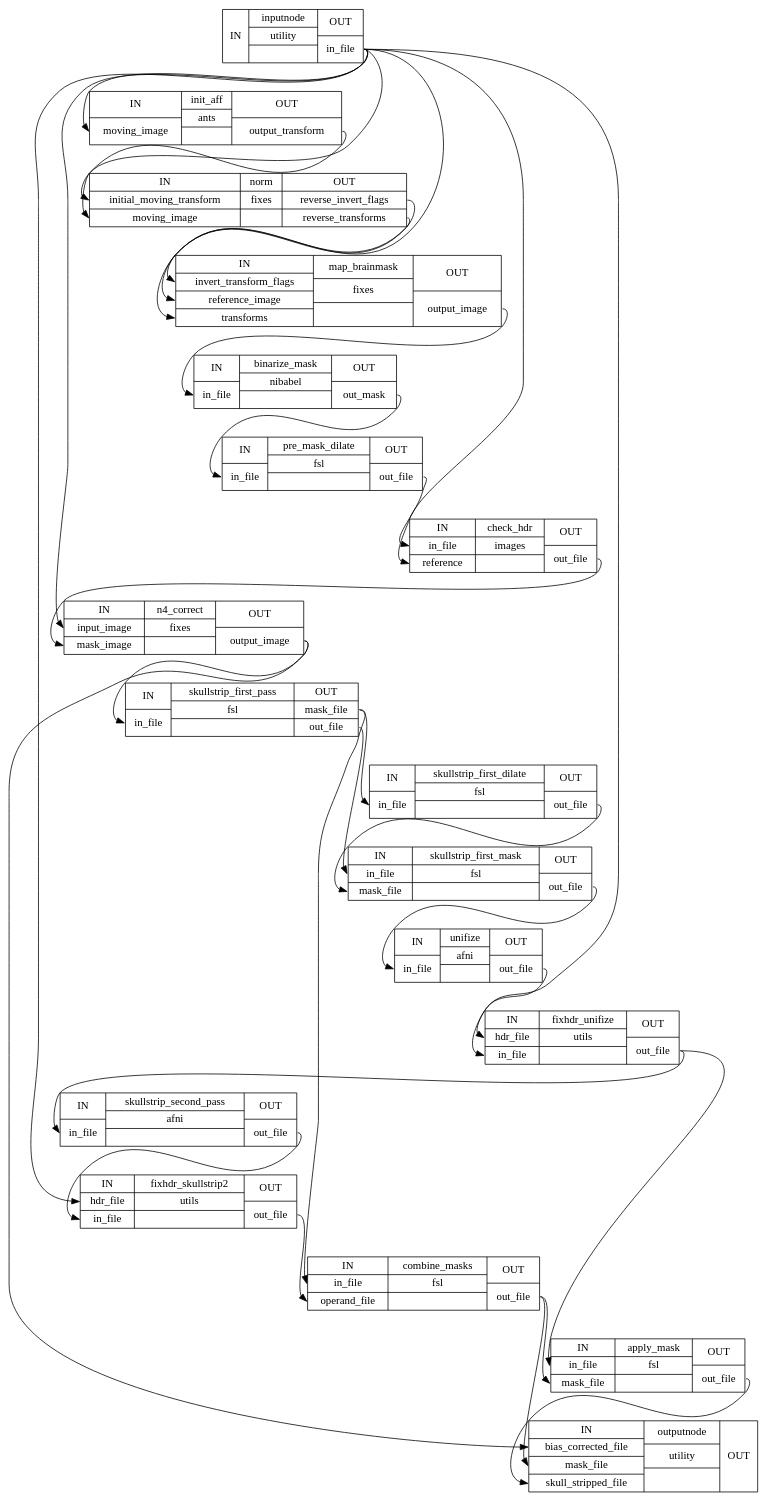
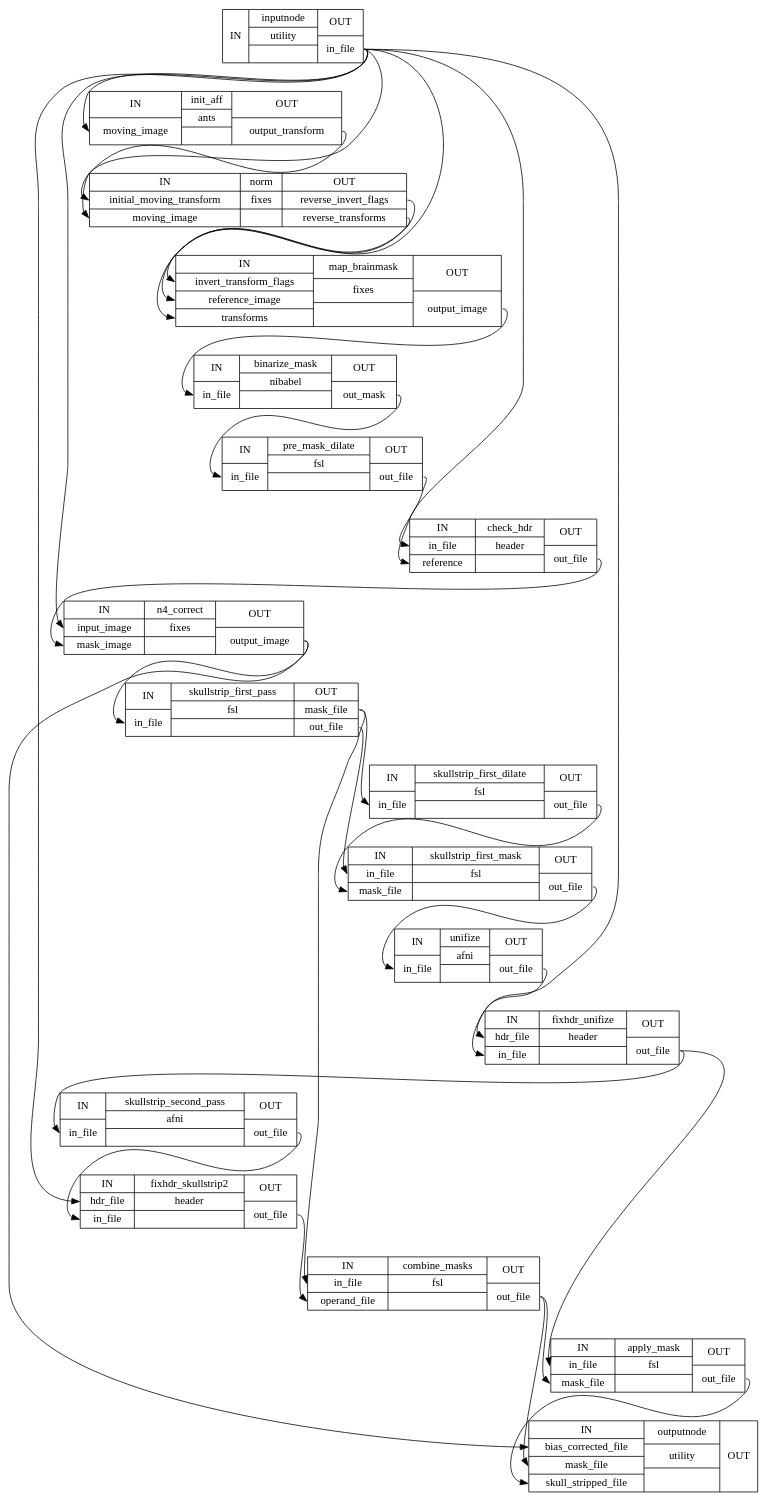
Before and after one commit to notZaki/niworkflows: the diagram in 1.0.2/wf_directive/api/enhance_and_skullstrip_bold_wf/niworkflows-func-util-2_detailed.dot, drawn with Graphviz. The commit also changed 12515 other files, not shown here.

```diff
--- a/1.0.2/wf_directive/api/enhance_and_skullstrip_bold_wf/niworkflows-func-util-2_detailed.dot
+++ b/1.0.2/wf_directive/api/enhance_and_skullstrip_bold_wf/niworkflows-func-util-2_detailed.dot
@@ -1,50 +1,50 @@
 digraph structs {
 node [shape=record];
 enhance_and_skullstrip_bold_wfinputnode [label="{IN}|{ inputnode | utility |  }|{OUT|<outinfile> in_file}"];
 enhance_and_skullstrip_bold_wfinit_aff [label="{IN|<inmovingimage> moving_image}|{ init_aff | ants |  }|{OUT|<outoutputtransform> output_transform}"];
 enhance_and_skullstrip_bold_wfnorm [label="{IN|<ininitialmovingtransform> initial_moving_transform|<inmovingimage> moving_image}|{ norm | fixes |  }|{OUT|<outreverseinvertflags> reverse_invert_flags|<outreversetransforms> reverse_transforms}"];
 enhance_and_skullstrip_bold_wfmap_brainmask [label="{IN|<ininverttransformflags> invert_transform_flags|<inreferenceimage> reference_image|<intransforms> transforms}|{ map_brainmask | fixes |  }|{OUT|<outoutputimage> output_image}"];
 enhance_and_skullstrip_bold_wfbinarize_mask [label="{IN|<ininfile> in_file}|{ binarize_mask | nibabel |  }|{OUT|<outoutmask> out_mask}"];
 enhance_and_skullstrip_bold_wfpre_mask_dilate [label="{IN|<ininfile> in_file}|{ pre_mask_dilate | fsl |  }|{OUT|<outoutfile> out_file}"];
-enhance_and_skullstrip_bold_wfcheck_hdr [label="{IN|<ininfile> in_file|<inreference> reference}|{ check_hdr | images |  }|{OUT|<outoutfile> out_file}"];
+enhance_and_skullstrip_bold_wfcheck_hdr [label="{IN|<ininfile> in_file|<inreference> reference}|{ check_hdr | header |  }|{OUT|<outoutfile> out_file}"];
 enhance_and_skullstrip_bold_wfn4_correct [label="{IN|<ininputimage> input_image|<inmaskimage> mask_image}|{ n4_correct | fixes |  }|{OUT|<outoutputimage> output_image}"];
 enhance_and_skullstrip_bold_wfskullstrip_first_pass [label="{IN|<ininfile> in_file}|{ skullstrip_first_pass | fsl |  }|{OUT|<outmaskfile> mask_file|<outoutfile> out_file}"];
 enhance_and_skullstrip_bold_wfskullstrip_first_dilate [label="{IN|<ininfile> in_file}|{ skullstrip_first_dilate | fsl |  }|{OUT|<outoutfile> out_file}"];
 enhance_and_skullstrip_bold_wfskullstrip_first_mask [label="{IN|<ininfile> in_file|<inmaskfile> mask_file}|{ skullstrip_first_mask | fsl |  }|{OUT|<outoutfile> out_file}"];
 enhance_and_skullstrip_bold_wfunifize [label="{IN|<ininfile> in_file}|{ unifize | afni |  }|{OUT|<outoutfile> out_file}"];
-enhance_and_skullstrip_bold_wffixhdr_unifize [label="{IN|<inhdrfile> hdr_file|<ininfile> in_file}|{ fixhdr_unifize | utils |  }|{OUT|<outoutfile> out_file}"];
+enhance_and_skullstrip_bold_wffixhdr_unifize [label="{IN|<inhdrfile> hdr_file|<ininfile> in_file}|{ fixhdr_unifize | header |  }|{OUT|<outoutfile> out_file}"];
 enhance_and_skullstrip_bold_wfskullstrip_second_pass [label="{IN|<ininfile> in_file}|{ skullstrip_second_pass | afni |  }|{OUT|<outoutfile> out_file}"];
-enhance_and_skullstrip_bold_wffixhdr_skullstrip2 [label="{IN|<inhdrfile> hdr_file|<ininfile> in_file}|{ fixhdr_skullstrip2 | utils |  }|{OUT|<outoutfile> out_file}"];
+enhance_and_skullstrip_bold_wffixhdr_skullstrip2 [label="{IN|<inhdrfile> hdr_file|<ininfile> in_file}|{ fixhdr_skullstrip2 | header |  }|{OUT|<outoutfile> out_file}"];
 enhance_and_skullstrip_bold_wfcombine_masks [label="{IN|<ininfile> in_file|<inoperandfile> operand_file}|{ combine_masks | fsl |  }|{OUT|<outoutfile> out_file}"];
 enhance_and_skullstrip_bold_wfapply_mask [label="{IN|<ininfile> in_file|<inmaskfile> mask_file}|{ apply_mask | fsl |  }|{OUT|<outoutfile> out_file}"];
 enhance_and_skullstrip_bold_wfoutputnode [label="{IN|<inbiascorrectedfile> bias_corrected_file|<inmaskfile> mask_file|<inskullstrippedfile> skull_stripped_file}|{ outputnode | utility |  }|{OUT}"];
 enhance_and_skullstrip_bold_wfapply_mask:outoutfile:e -> enhance_and_skullstrip_bold_wfoutputnode:inskullstrippedfile:w;
 enhance_and_skullstrip_bold_wfbinarize_mask:outoutmask:e -> enhance_and_skullstrip_bold_wfpre_mask_dilate:ininfile:w;
 enhance_and_skullstrip_bold_wfcheck_hdr:outoutfile:e -> enhance_and_skullstrip_bold_wfn4_correct:inmaskimage:w;
 enhance_and_skullstrip_bold_wfcombine_masks:outoutfile:e -> enhance_and_skullstrip_bold_wfapply_mask:inmaskfile:w;
 enhance_and_skullstrip_bold_wfcombine_masks:outoutfile:e -> enhance_and_skullstrip_bold_wfoutputnode:inmaskfile:w;
 enhance_and_skullstrip_bold_wffixhdr_skullstrip2:outoutfile:e -> enhance_and_skullstrip_bold_wfcombine_masks:inoperandfile:w;
 enhance_and_skullstrip_bold_wffixhdr_unifize:outoutfile:e -> enhance_and_skullstrip_bold_wfapply_mask:ininfile:w;
 enhance_and_skullstrip_bold_wffixhdr_unifize:outoutfile:e -> enhance_and_skullstrip_bold_wfskullstrip_second_pass:ininfile:w;
 enhance_and_skullstrip_bold_wfinit_aff:outoutputtransform:e -> enhance_and_skullstrip_bold_wfnorm:ininitialmovingtransform:w;
 enhance_and_skullstrip_bold_wfinputnode:outinfile:e -> enhance_and_skullstrip_bold_wfcheck_hdr:inreference:w;
 enhance_and_skullstrip_bold_wfinputnode:outinfile:e -> enhance_and_skullstrip_bold_wffixhdr_skullstrip2:inhdrfile:w;
 enhance_and_skullstrip_bold_wfinputnode:outinfile:e -> enhance_and_skullstrip_bold_wffixhdr_unifize:inhdrfile:w;
 enhance_and_skullstrip_bold_wfinputnode:outinfile:e -> enhance_and_skullstrip_bold_wfinit_aff:inmovingimage:w;
 enhance_and_skullstrip_bold_wfinputnode:outinfile:e -> enhance_and_skullstrip_bold_wfmap_brainmask:inreferenceimage:w;
 enhance_and_skullstrip_bold_wfinputnode:outinfile:e -> enhance_and_skullstrip_bold_wfn4_correct:ininputimage:w;
 enhance_and_skullstrip_bold_wfinputnode:outinfile:e -> enhance_and_skullstrip_bold_wfnorm:inmovingimage:w;
 enhance_and_skullstrip_bold_wfmap_brainmask:outoutputimage:e -> enhance_and_skullstrip_bold_wfbinarize_mask:ininfile:w;
 enhance_and_skullstrip_bold_wfn4_correct:outoutputimage:e -> enhance_and_skullstrip_bold_wfoutputnode:inbiascorrectedfile:w;
 enhance_and_skullstrip_bold_wfn4_correct:outoutputimage:e -> enhance_and_skullstrip_bold_wfskullstrip_first_pass:ininfile:w;
 enhance_and_skullstrip_bold_wfnorm:outreverseinvertflags:e -> enhance_and_skullstrip_bold_wfmap_brainmask:ininverttransformflags:w;
 enhance_and_skullstrip_bold_wfnorm:outreversetransforms:e -> enhance_and_skullstrip_bold_wfmap_brainmask:intransforms:w;
 enhance_and_skullstrip_bold_wfpre_mask_dilate:outoutfile:e -> enhance_and_skullstrip_bold_wfcheck_hdr:ininfile:w;
 enhance_and_skullstrip_bold_wfskullstrip_first_dilate:outoutfile:e -> enhance_and_skullstrip_bold_wfskullstrip_first_mask:inmaskfile:w;
 enhance_and_skullstrip_bold_wfskullstrip_first_mask:outoutfile:e -> enhance_and_skullstrip_bold_wfunifize:ininfile:w;
 enhance_and_skullstrip_bold_wfskullstrip_first_pass:outmaskfile:e -> enhance_and_skullstrip_bold_wfcombine_masks:ininfile:w;
 enhance_and_skullstrip_bold_wfskullstrip_first_pass:outmaskfile:e -> enhance_and_skullstrip_bold_wfskullstrip_first_dilate:ininfile:w;
 enhance_and_skullstrip_bold_wfskullstrip_first_pass:outoutfile:e -> enhance_and_skullstrip_bold_wfskullstrip_first_mask:ininfile:w;
 enhance_and_skullstrip_bold_wfskullstrip_second_pass:outoutfile:e -> enhance_and_skullstrip_bold_wffixhdr_skullstrip2:ininfile:w;
 enhance_and_skullstrip_bold_wfunifize:outoutfile:e -> enhance_and_skullstrip_bold_wffixhdr_unifize:ininfile:w;
 }
```
